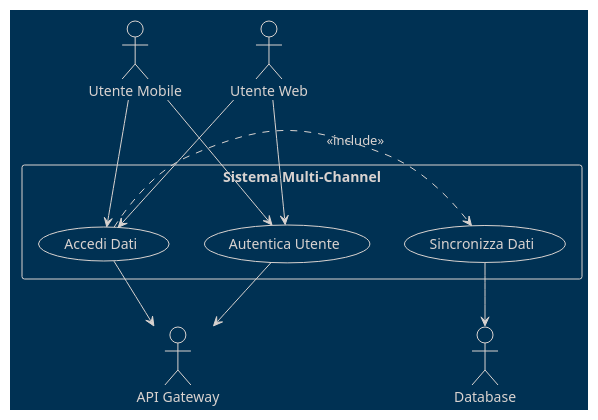
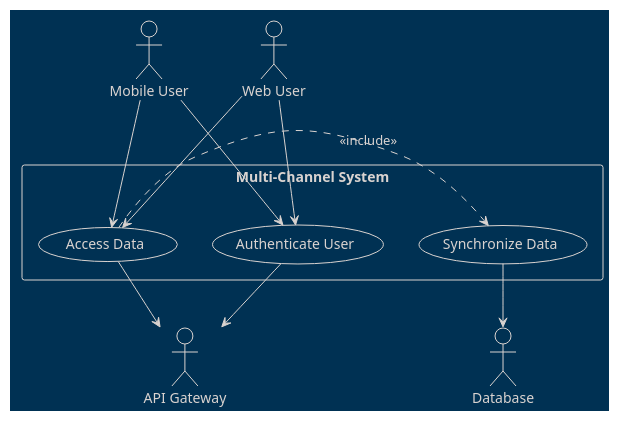
Diagram 13 of 21 in 03-behavioral-diagrams/use-case-diagrams/README.md (Seniorsimo/sas-template), drawn with PlantUML before and after one commit. The commit also changed other lines of this file and 49 other files, not shown here.

````diff
--- a/03-behavioral-diagrams/use-case-diagrams/README.md
+++ b/03-behavioral-diagrams/use-case-diagrams/README.md
@@ -164,26 +164,26 @@
 ```plantuml
 @startuml
 !theme blueprint
 
-actor "Utente Mobile" as Mobile
-actor "Utente Web" as Web
+actor "Mobile User" as Mobile
+actor "Web User" as Web
 actor "API Gateway" as API
 actor "Database" as DB
 
-rectangle "Sistema Multi-Channel" {
-  usecase "Autentica Utente" as UC1
-  usecase "Accedi Dati" as UC2
-  usecase "Sincronizza Dati" as UC3
+rectangle "Multi-Channel System" {
+  usecase "Authenticate User" as UC1
+  usecase "Access Data" as UC2
+  usecase "Synchronize Data" as UC3
 }
 
 Mobile --> UC1
 Web --> UC1
 UC1 --> API
 UC2 --> API
 UC3 --> DB
 UC2 .> UC3 : <<include>>
 
 Mobile --> UC2
 Web --> UC2
 @enduml
 ```
````
